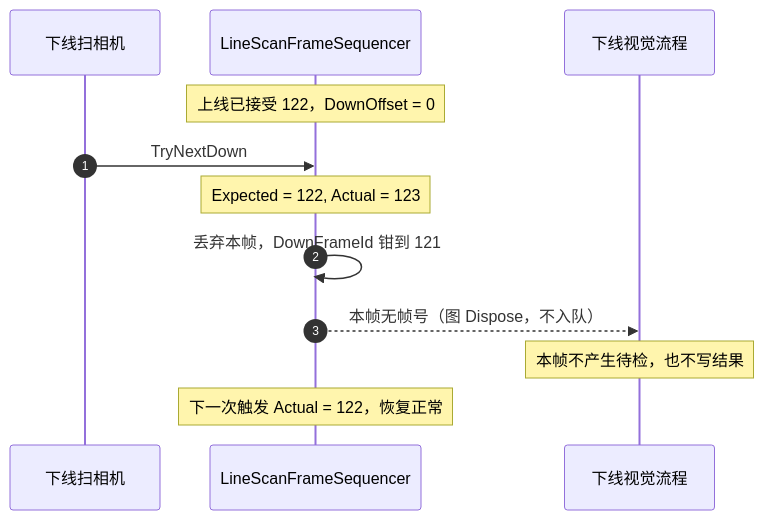
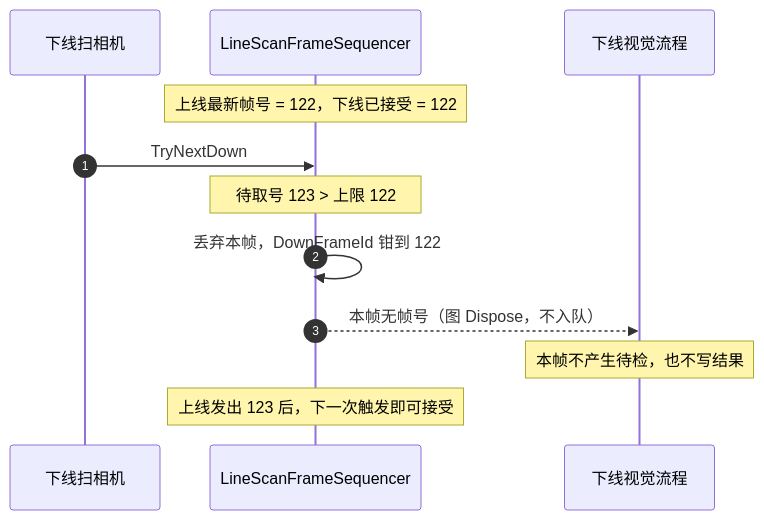
One commit to HowieKwok/die-cutter changed the second of 6 diagrams in docs/五金模切_帧队列与PLC发布设计.md. Above: the diagram before and after it, drawn with Mermaid. The commit also changed other lines of this file and 12 other files, not shown here.

````diff
--- a/docs/五金模切_帧队列与PLC发布设计.md
+++ b/docs/五金模切_帧队列与PLC发布设计.md
@@ -483,15 +478,15 @@
 ```mermaid
 sequenceDiagram
     autonumber
     participant Cam as 下线扫相机
     participant Seq as LineScanFrameSequencer
     participant V as 下线视觉流程
 
-    Note over Seq: 上线已接受 122，DownOffset = 0
+    Note over Seq: 上线最新帧号 = 122，下线已接受 = 122
     Cam->>Seq: TryNextDown
-    Note over Seq: Expected = 122, Actual = 123
-    Seq->>Seq: 丢弃本帧，DownFrameId 钳到 121
+    Note over Seq: 待取号 123 > 上限 122
+    Seq->>Seq: 丢弃本帧，DownFrameId 钳到 122
     Seq-->>V: 本帧无帧号（图 Dispose，不入队）
     Note over V: 本帧不产生待检，也不写结果
-    Note over Seq: 下一次触发 Actual = 122，恢复正常
+    Note over Seq: 上线发出 123 后，下一次触发即可接受
 ```
````
